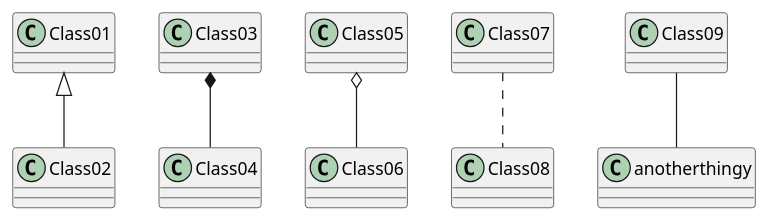
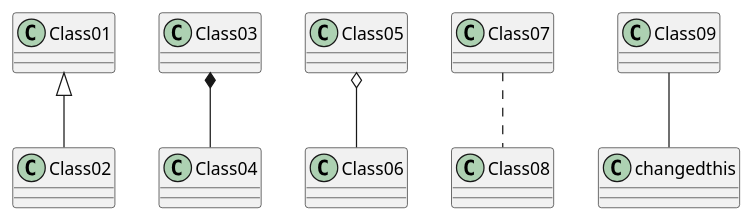
The diagram in meilenstein_03/test.puml (weichware10/meilensteine), drawn with PlantUML before and after one commit.

Commit message:
and another test

```diff
--- a/meilenstein_03/test.puml
+++ b/meilenstein_03/test.puml
@@ -1,7 +1,7 @@
 @startuml test
 Class01 <|-- Class02
 Class03 *-- Class04
 Class05 o-- Class06
 Class07 .. Class08
-Class09 -- anotherthingy
+Class09 -- changedthis
 @enduml
```
